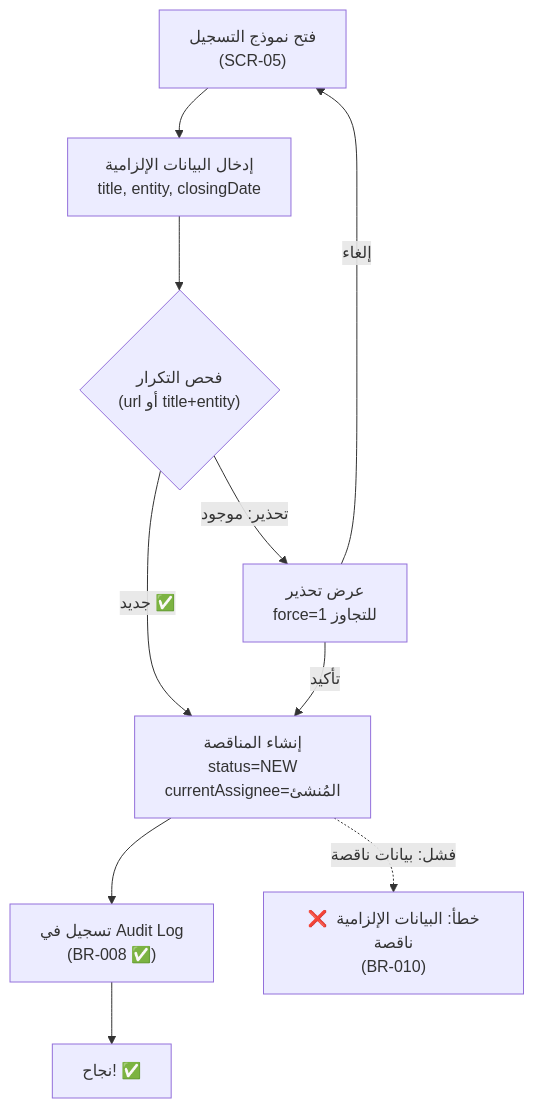
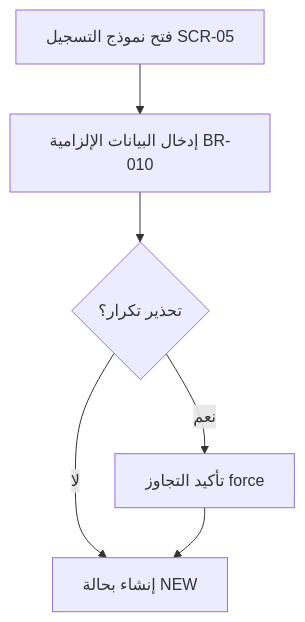
Before and after one commit to Fares-code0/tender_x: the first of 7 diagrams in docs/design/03-user-journeys.md, drawn with Mermaid. The commit also changed other lines of this file and 4 other files, not shown here.

````diff
--- a/docs/design/03-user-journeys.md
+++ b/docs/design/03-user-journeys.md
@@ -24,12 +46,8 @@
 ```mermaid
 flowchart TD
-    A["فتح نموذج التسجيل<br/>(SCR-05)"] --> B["إدخال البيانات الإلزامية<br/>title, entity, closingDate"]
-    B --> C{"فحص التكرار<br/>(url أو title+entity)"}
-    C -->|"تحذير: موجود"|D["عرض تحذير<br/>force=1 للتجاوز"]
-    C -->|"جديد ✅"|E["إنشاء المناقصة<br/>status=NEW<br/>currentAssignee=المُنشئ"]
-    D -->|"تأكيد"|E
-    D -->|"إلغاء"|A
-    E --> F["تسجيل في Audit Log<br/>(BR-008 ✅)"]  
-    F --> G["نجاح! ✅"]
-    E -.->|"فشل: بيانات ناقصة"|H["❌ خطأ: البيانات الإلزامية ناقصة<br/>(BR-010)"]
+    A[فتح نموذج التسجيل SCR-05] --> B[إدخال البيانات الإلزامية BR-010]
+    B --> C{تحذير تكرار؟}
+    C -->|نعم| D[تأكيد التجاوز force]
+    C -->|لا| E[إنشاء بحالة NEW]
+    D --> E
 ```
````
